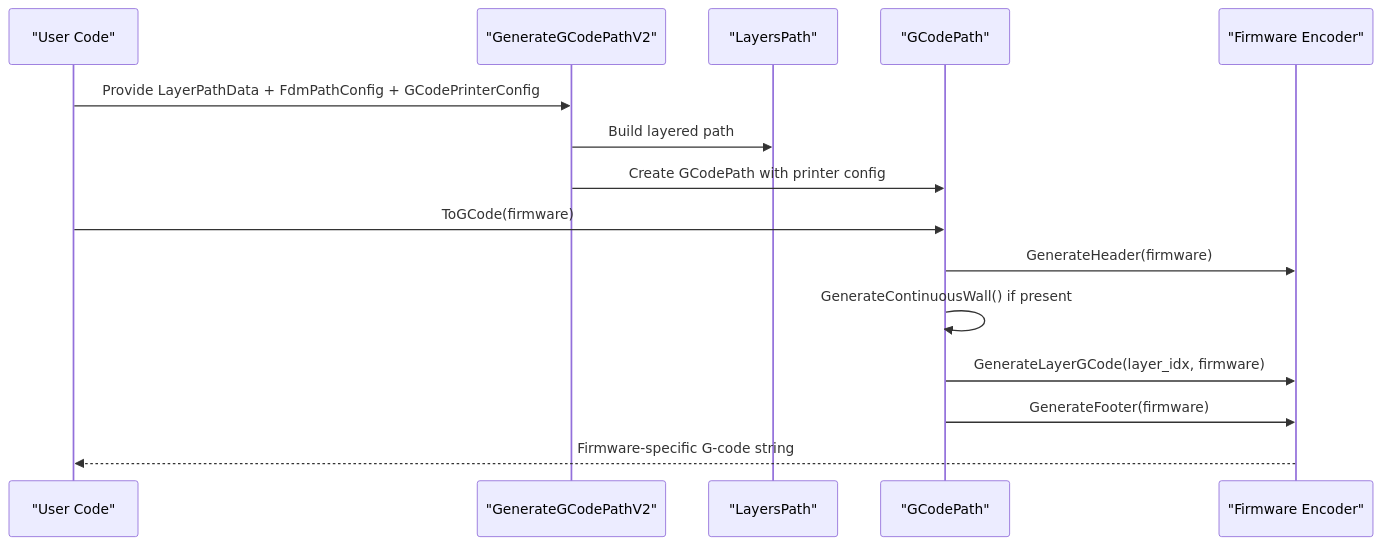
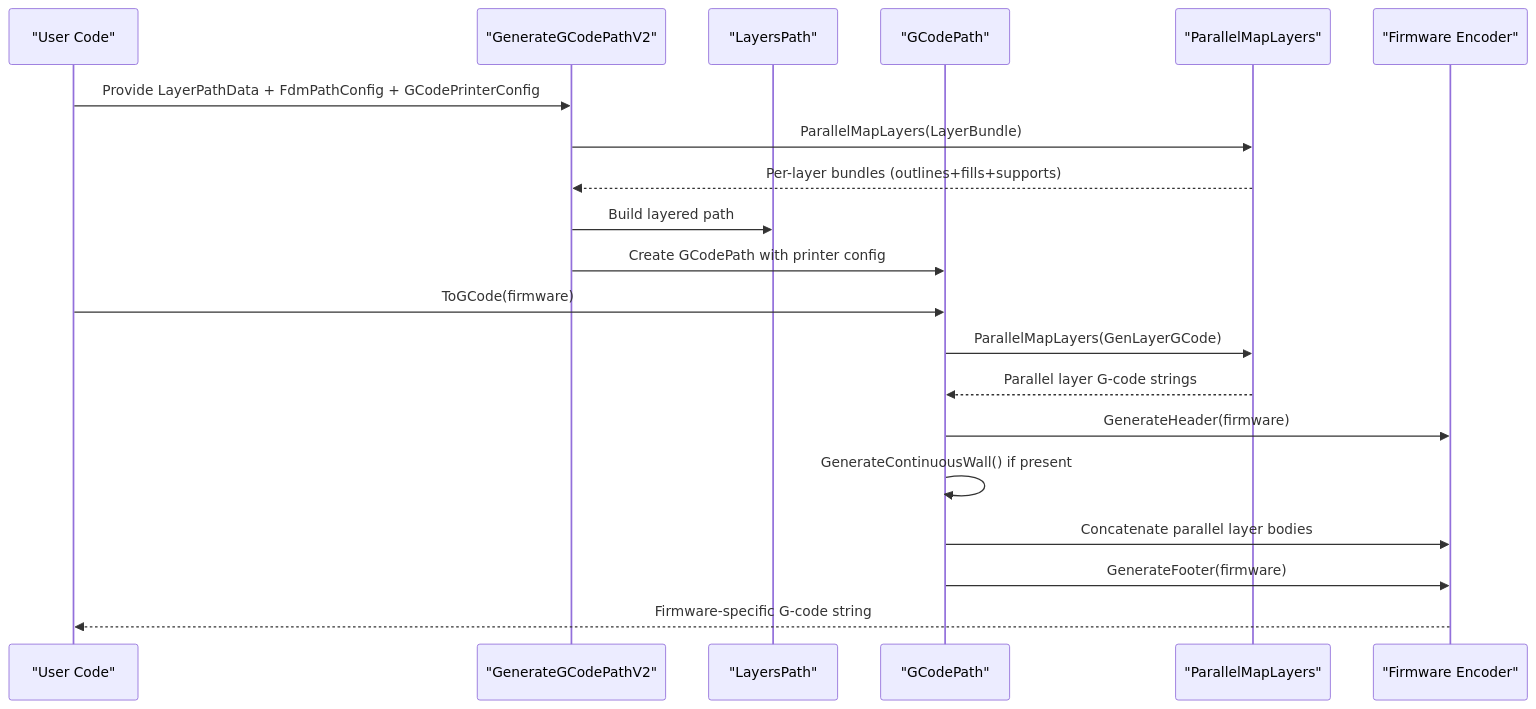
The sixth of 13 diagrams in .qoder/repowiki/en/content/Core Modules/Path Generation (paths_, LibHsBaSlicer_Path_)/Path Generation (paths_, LibHsBaSlicer_Path_).md (hsmbanlance/HsBaSlicer), drawn with Mermaid before and after one commit. The commit also changed other lines of this file and 365 other files, not shown here.

````diff
--- a/.qoder/repowiki/en/content/Core Modules/Path Generation (paths_, LibHsBaSlicer_Path_)/Path Generation (paths_, LibHsBaSlicer_Path_).md
+++ b/.qoder/repowiki/en/content/Core Modules/Path Generation (paths_, LibHsBaSlicer_Path_)/Path Generation (paths_, LibHsBaSlicer_Path_).md
@@ -255,17 +348,22 @@
 ```mermaid
 sequenceDiagram
 participant User as "User Code"
 participant Gen as "GenerateGCodePathV2"
 participant Lyr as "LayersPath"
 participant GC as "GCodePath"
+participant PM as "ParallelMapLayers"
 participant FW as "Firmware Encoder"
 User->>Gen : Provide LayerPathData + FdmPathConfig + GCodePrinterConfig
+Gen->>PM : ParallelMapLayers(LayerBundle)
+PM-->>Gen : Per-layer bundles (outlines+fills+supports)
 Gen->>Lyr : Build layered path
 Gen->>GC : Create GCodePath with printer config
 User->>GC : ToGCode(firmware)
+GC->>PM : ParallelMapLayers(GenLayerGCode)
+PM-->>GC : Parallel layer G-code strings
 GC->>FW : GenerateHeader(firmware)
 GC->>GC : GenerateContinuousWall() if present
-GC->>FW : GenerateLayerGCode(layer_idx, firmware)
+GC->>FW : Concatenate parallel layer bodies
 GC->>FW : GenerateFooter(firmware)
 FW-->>User : Firmware-specific G-code string
 ```
````
